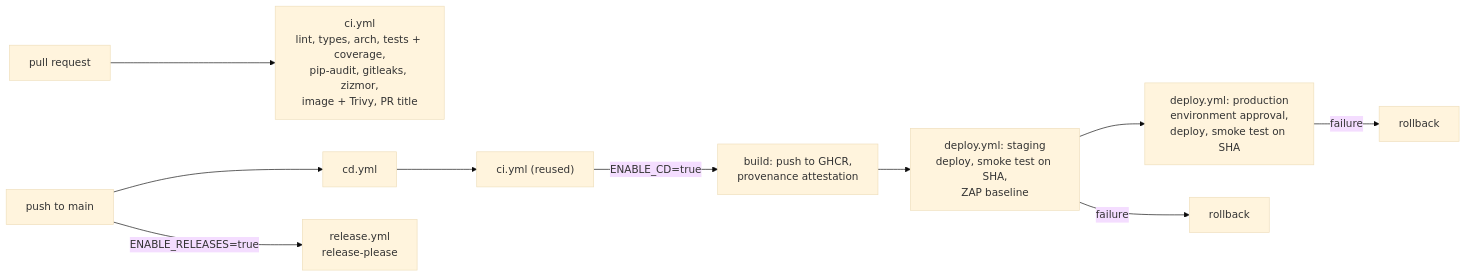
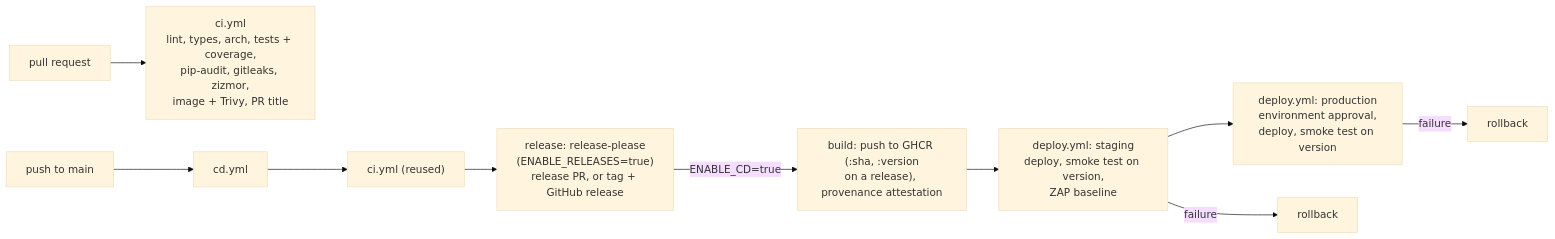
Before and after one commit to spassos/igarape: the fourth of 4 diagrams in docs/architecture.md, drawn with Mermaid (base theme). The commit also changed other lines of this file and 19 other files, not shown here.

First line of the commit message:
ci(release): automate version bump, tag, release and changelog

````diff
--- a/docs/architecture.md
+++ b/docs/architecture.md
@@ -172,12 +177,12 @@
 ```mermaid
 flowchart LR
   PR["pull request"] --> CI["ci.yml<br/>lint, types, arch, tests + coverage,<br/>pip-audit, gitleaks, zizmor,<br/>image + Trivy, PR title"]
   MAIN["push to main"] --> CD["cd.yml"]
   CD --> CI2["ci.yml (reused)"]
-  CI2 -- "ENABLE_CD=true" --> BUILD["build: push to GHCR,<br/>provenance attestation"]
-  BUILD --> STG["deploy.yml: staging<br/>deploy, smoke test on SHA,<br/>ZAP baseline"]
-  STG --> PRD["deploy.yml: production<br/>environment approval,<br/>deploy, smoke test on SHA"]
+  CI2 --> REL["release: release-please<br/>(ENABLE_RELEASES=true)<br/>release PR, or tag + GitHub release"]
+  REL -- "ENABLE_CD=true" --> BUILD["build: push to GHCR (:sha, :version<br/>on a release), provenance attestation"]
+  BUILD --> STG["deploy.yml: staging<br/>deploy, smoke test on version,<br/>ZAP baseline"]
+  STG --> PRD["deploy.yml: production<br/>environment approval,<br/>deploy, smoke test on version"]
   STG -- "failure" --> RB1["rollback"]
   PRD -- "failure" --> RB2["rollback"]
-  MAIN -- "ENABLE_RELEASES=true" --> REL["release.yml<br/>release-please"]
 ```
````
